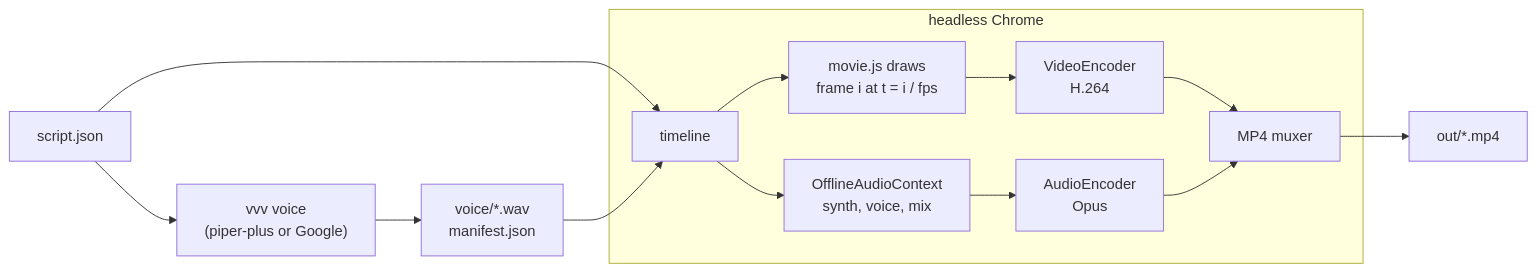
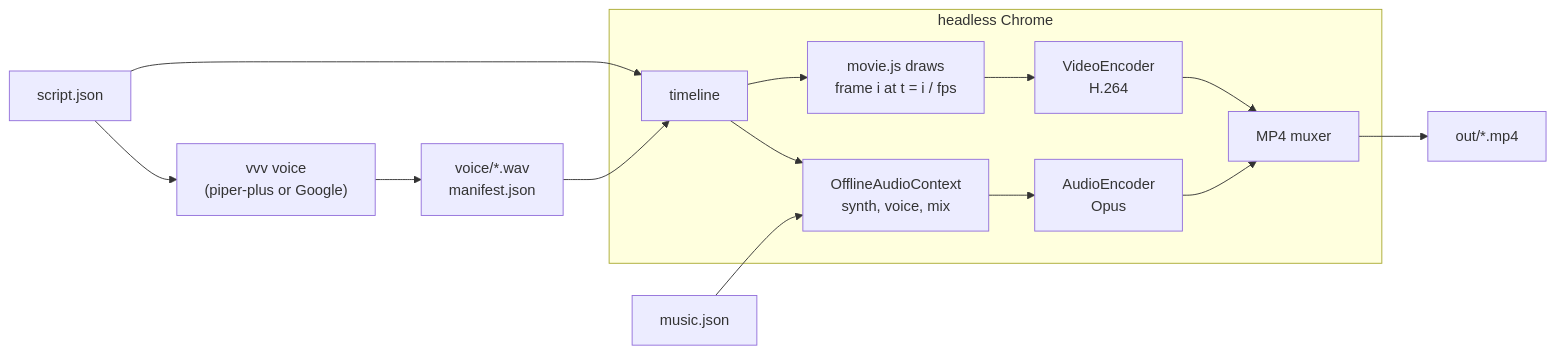
Before and after one commit to ymmt2005/vvv: the diagram in README.md, drawn with Mermaid. The commit also changed other lines of this file and 29 other files, not shown here.

First line of the commit message:
Move the score to music.json, and add vvv validate

````diff
--- a/README.md
+++ b/README.md
@@ -64,17 +129,18 @@
 ```mermaid
 flowchart LR
   script[script.json] --> voice["vvv voice<br/>(piper-plus or Google)"]
   voice --> clips["voice/*.wav<br/>manifest.json"]
   subgraph chrome[headless Chrome]
     timeline[timeline]
     timeline --> frames["movie.js draws<br/>frame i at t = i / fps"]
     timeline --> audio["OfflineAudioContext<br/>synth, voice, mix"]
     frames --> venc["VideoEncoder<br/>H.264"]
     audio --> aenc["AudioEncoder<br/>Opus"]
     venc --> mux[MP4 muxer]
     aenc --> mux
   end
   script --> timeline
   clips --> timeline
+  score[music.json] --> audio
   mux --> mp4[out/*.mp4]
 ```
````
